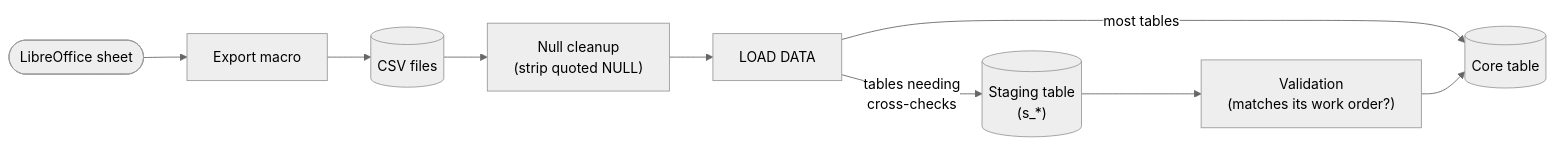
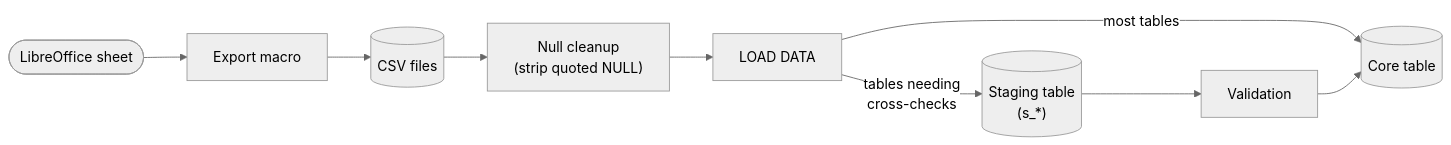
One commit to danderbas/aluminadb changed the diagram in README.md. Above: the diagram before and after it, drawn with Mermaid (neutral theme). The commit also changed other lines of this file, not shown here.

````diff
--- a/README.md
+++ b/README.md
@@ -38,15 +37,15 @@
 ```mermaid
 flowchart LR
     sheet(["LibreOffice sheet"])
     macro["Export macro"]
     csv[("CSV files")]
     clean["Null cleanup<br/>(strip quoted NULL)"]
     load["LOAD DATA"]
     staging[("Staging table<br/>(s_*)")]
-    validate["Validation<br/>(matches its work order?)"]
+    validate["Validation"]
     core[("Core table")]
 
     sheet --> macro --> csv --> clean --> load
     load -->|most tables| core
     load -->|tables needing<br/>cross-checks| staging --> validate --> core
 ```
````
